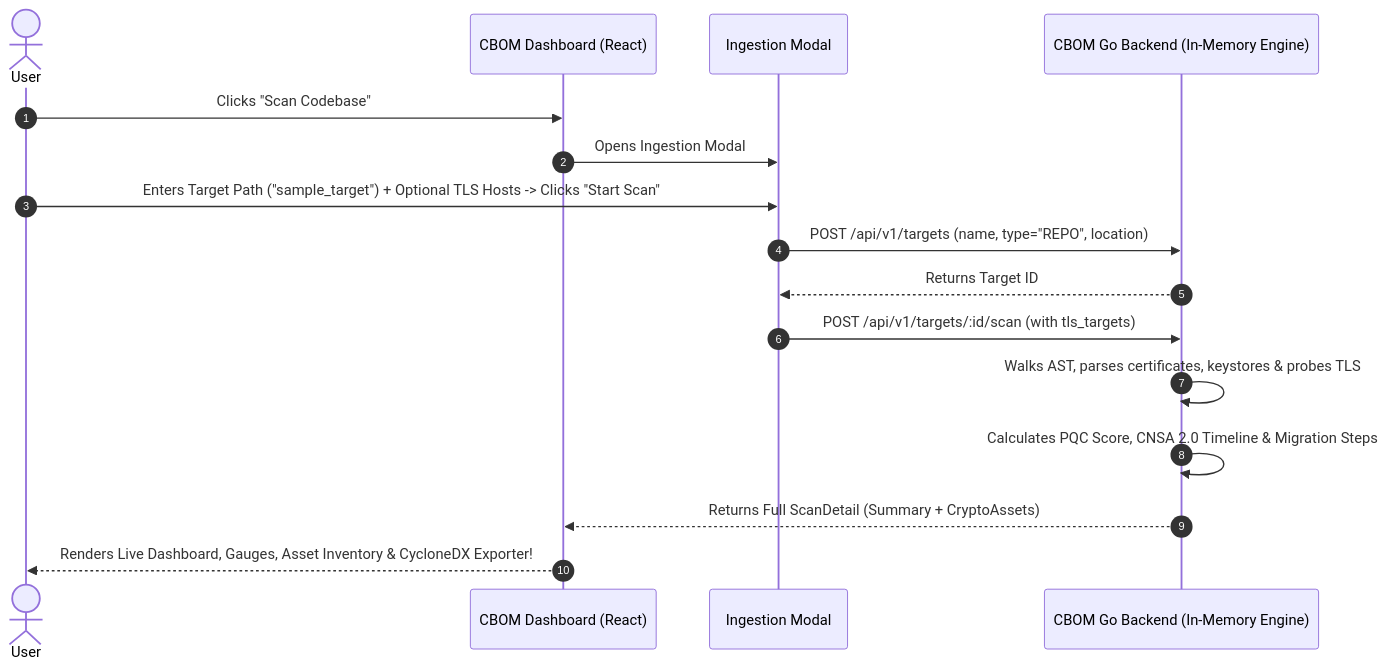
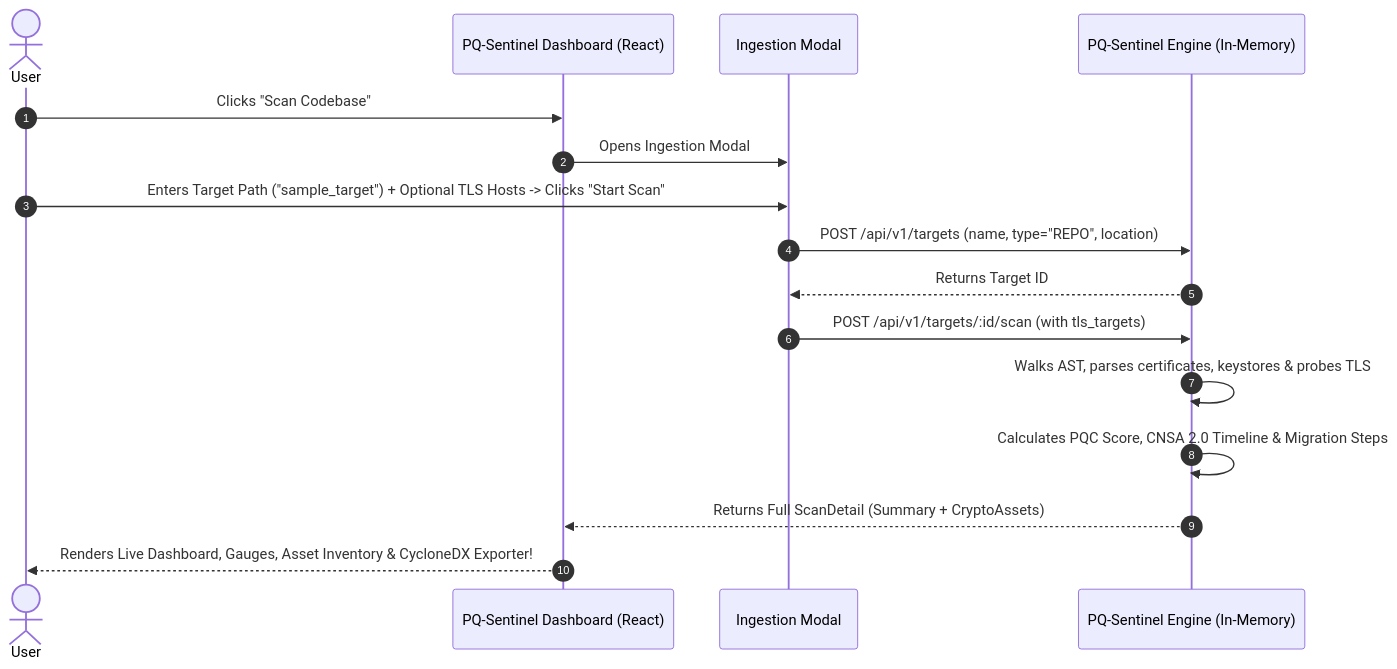
Before and after one commit to harin-faldu/PQ-Sentinel: the diagram in README.md, drawn with Mermaid. The commit also changed other lines of this file and 22 other files, not shown here.

````diff
--- a/README.md
+++ b/README.md
@@ -78,19 +78,19 @@
 ```mermaid
 sequenceDiagram
     autonumber
     actor User
-    participant Dashboard as CBOM Dashboard (React)
+    participant Dashboard as PQ-Sentinel Dashboard (React)
     participant Modal as Ingestion Modal
-    participant Backend as CBOM Go Backend (In-Memory Engine)
+    participant Backend as PQ-Sentinel Engine (In-Memory)
 
     User->>Dashboard: Clicks "Scan Codebase"
     Dashboard->>Modal: Opens Ingestion Modal
     User->>Modal: Enters Target Path ("sample_target") + Optional TLS Hosts -> Clicks "Start Scan"
     Modal->>Backend: POST /api/v1/targets (name, type="REPO", location)
     Backend-->>Modal: Returns Target ID
     Modal->>Backend: POST /api/v1/targets/:id/scan (with tls_targets)
     Backend->>Backend: Walks AST, parses certificates, keystores & probes TLS
     Backend->>Backend: Calculates PQC Score, CNSA 2.0 Timeline & Migration Steps
     Backend-->>Dashboard: Returns Full ScanDetail (Summary + CryptoAssets)
     Dashboard-->>User: Renders Live Dashboard, Gauges, Asset Inventory & CycloneDX Exporter!
 ```
````
